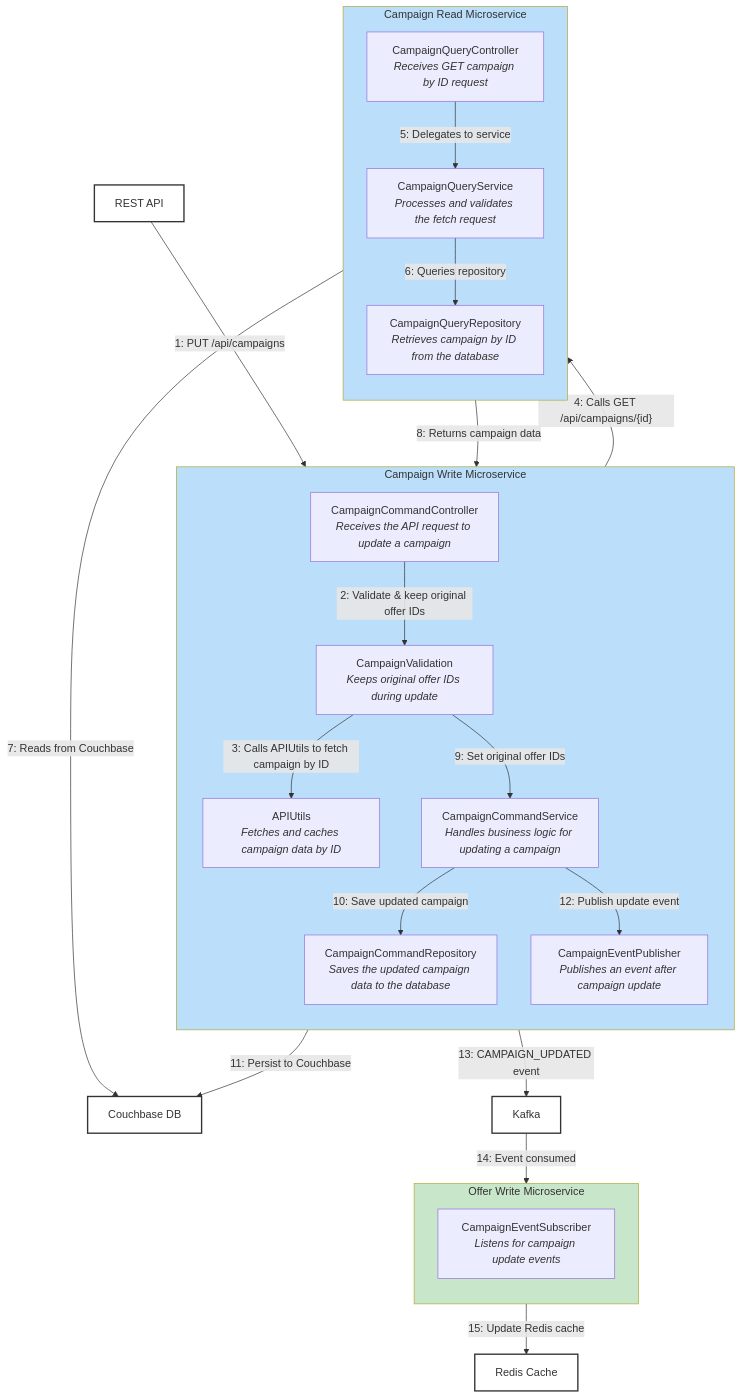
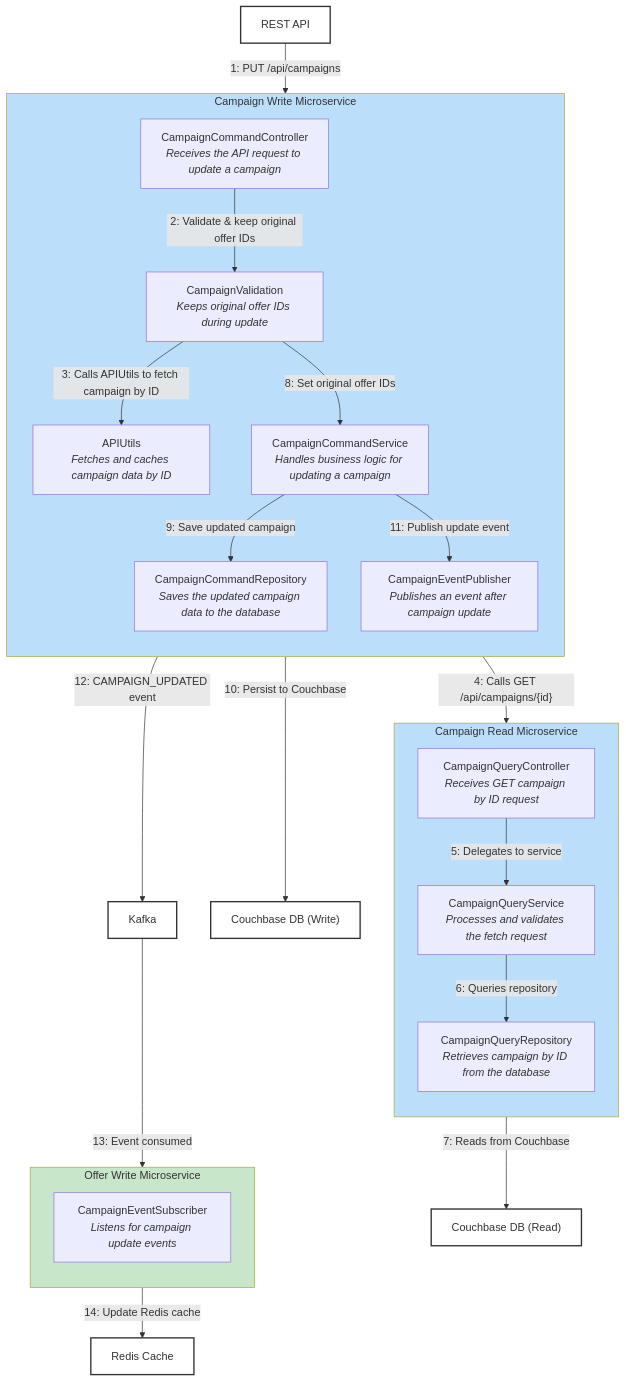
One commit to aakashkumar1980/apps-microservices changed the diagram in _readme_assets/update_campaign.mermaid. Above: the diagram before and after it, drawn with Mermaid.

Commit message:
updated and refactored

```diff
--- a/_readme_assets/update_campaign.mermaid
+++ b/_readme_assets/update_campaign.mermaid
@@ -1,57 +1,58 @@
 ---
 config:
   layout: dagre
 ---
 flowchart TD
     subgraph subGraph4["Campaign Write Microservice"]
         direction TB
         c1["CampaignCommandController<br/><i>Receives the API request to update a campaign</i>"]
         v1["CampaignValidation<br/><i>Keeps original offer IDs during update</i>"]
         u1["APIUtils<br/><i>Fetches and caches campaign data by ID</i>"]
         s1["CampaignCommandService<br/><i>Handles business logic for updating a campaign</i>"]
         r1["CampaignCommandRepository<br/><i>Saves the updated campaign data to the database</i>"]
         e1["CampaignEventPublisher<br/><i>Publishes an event after campaign update</i>"]
     end
     subgraph subGraph5["Campaign Read Microservice"]
         direction TB
         cr1["CampaignQueryController<br/><i>Receives GET campaign by ID request</i>"]
         crs1["CampaignQueryService<br/><i>Processes and validates the fetch request</i>"]
         crr1["CampaignQueryRepository<br/><i>Retrieves campaign by ID from the database</i>"]
     end
     subgraph subGraph7["Offer Write Microservice"]
         direction TB
         oesub["CampaignEventSubscriber<br/><i>Listens for campaign update events</i>"]
     end
     postman["REST API"]
-    couchbase["Couchbase DB"]
+    couchbase_write["Couchbase DB (Write)"]
+    couchbase_read["Couchbase DB (Read)"]
     kafka["Kafka"]
     redis["Redis Cache"]
 
     postman -- "1: PUT /api/campaigns" --> c1
     c1 -- "2: Validate & keep original offer IDs" --> v1
     v1 -- "3: Calls APIUtils to fetch campaign by ID" --> u1
     u1 -- "4: Calls GET /api/campaigns/{id}" --> cr1
     cr1 -- "5: Delegates to service" --> crs1
     crs1 -- "6: Queries repository" --> crr1
-    crr1 -- "7: Reads from Couchbase" --> couchbase
-    cr1 -- "8: Returns campaign data" --> u1
-    v1 -- "9: Set original offer IDs" --> s1
-    s1 -- "10: Save updated campaign" --> r1
-    r1 -- "11: Persist to Couchbase" --> couchbase
-    s1 -- "12: Publish update event" --> e1
-    e1 -- "13: CAMPAIGN_UPDATED event" --> kafka
-    kafka -- "14: Event consumed" --> oesub
-    oesub -- "15: Update Redis cache" --> redis
+    crr1 -- "7: Reads from Couchbase" --> couchbase_read
+    v1 -- "8: Set original offer IDs" --> s1
+    s1 -- "9: Save updated campaign" --> r1
+    r1 -- "10: Persist to Couchbase" --> couchbase_write
+    s1 -- "11: Publish update event" --> e1
+    e1 -- "12: CAMPAIGN_UPDATED event" --> kafka
+    kafka -- "13: Event consumed" --> oesub
+    oesub -- "14: Update Redis cache" --> redis
 
     %% Styling
     postman:::ext
-    couchbase:::ext
+    couchbase_write:::ext
+    couchbase_read:::ext
     kafka:::ext
     redis:::ext
     classDef ext fill:#fff,stroke:#333,stroke-width:2px
     style subGraph4 fill:#BBDEFB
     style subGraph5 fill:#BBDEFB
     style subGraph7 fill:#C8E6C9
 
     %% Notes:
     %% Mermaid does not support images, 3D effects, or advanced shading in nodes.
```
